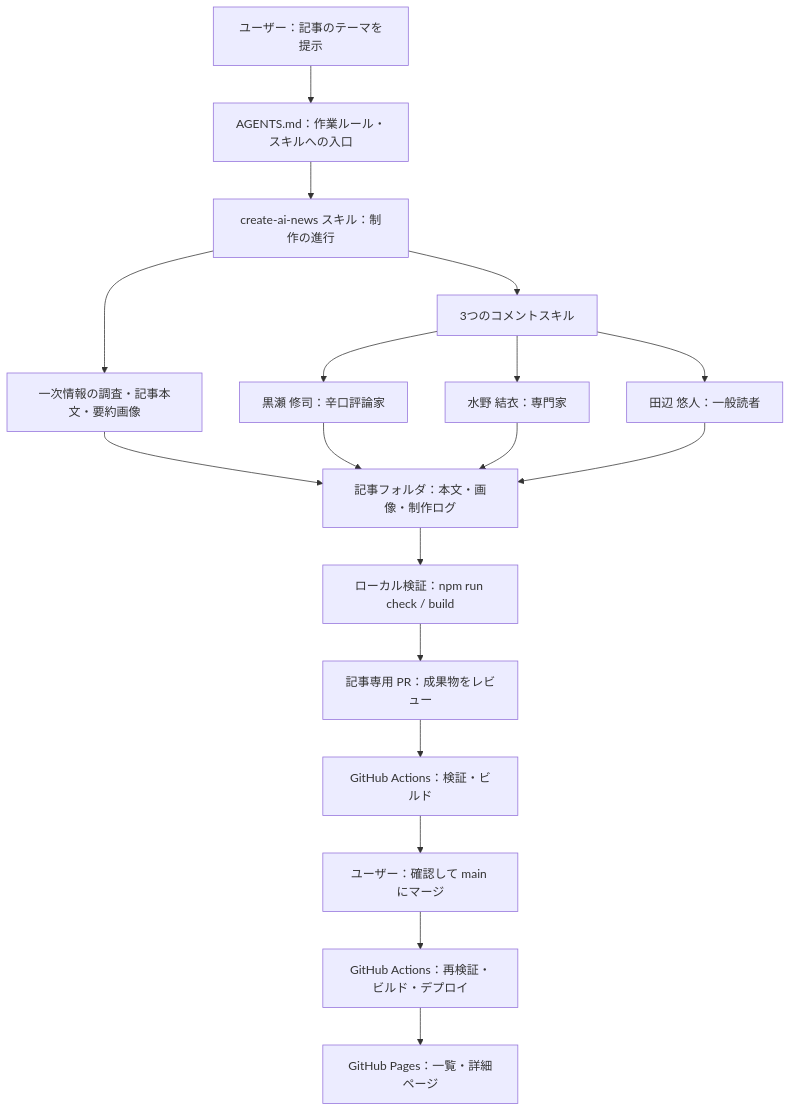
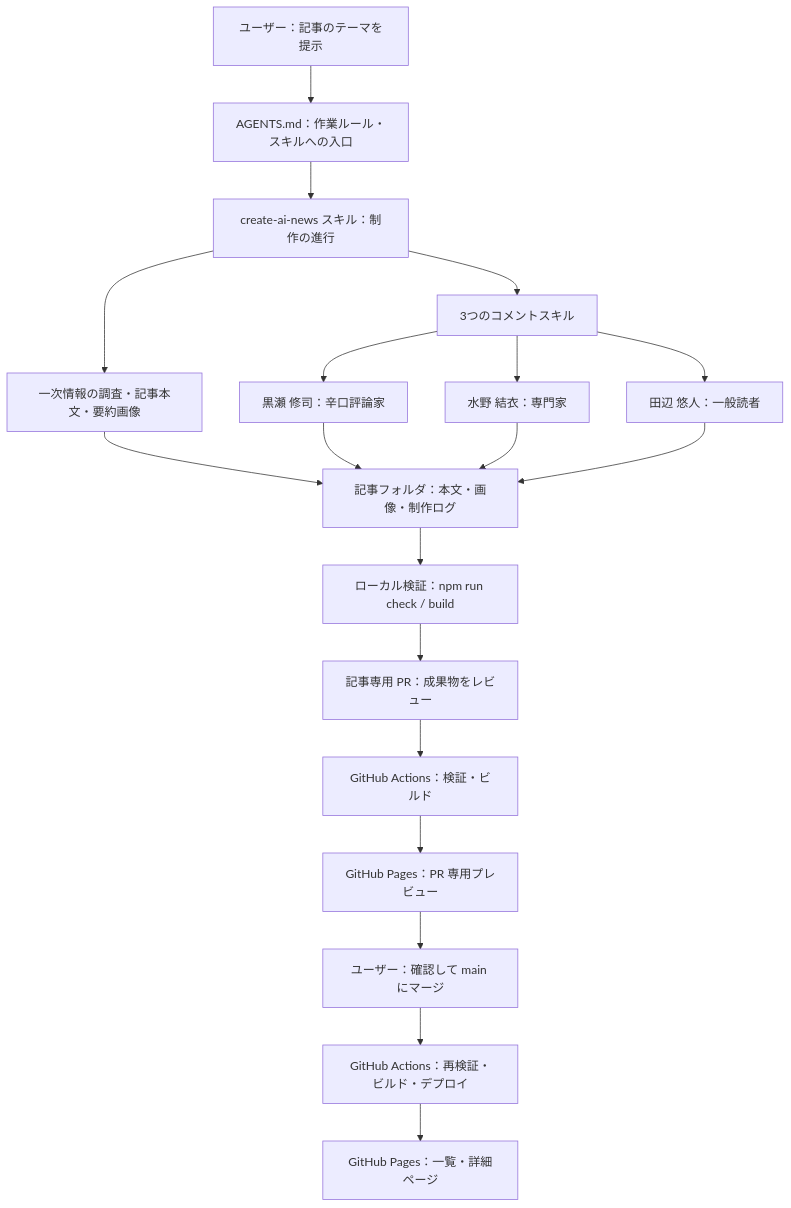
One commit to yamashita-shingo/ai-news changed the diagram in docs/harness-architecture.md. Above: the diagram before and after it, drawn with Mermaid. The commit also changed other lines of this file and 9 other files, not shown here.

````diff
--- a/docs/harness-architecture.md
+++ b/docs/harness-architecture.md
@@ -7,20 +7,21 @@
 ```mermaid
 flowchart TD
     U["ユーザー：記事のテーマを提示"] --> A["AGENTS.md：作業ルール・スキルへの入口"]
     A --> S["create-ai-news スキル：制作の進行"]
     S --> R["一次情報の調査・記事本文・要約画像"]
     S --> C["3つのコメントスキル"]
     C --> CA["黒瀬 修司：辛口評論家"]
     C --> CB["水野 結衣：専門家"]
     C --> CC["田辺 悠人：一般読者"]
     R --> F["記事フォルダ：本文・画像・制作ログ"]
     CA --> F
     CB --> F
     CC --> F
     F --> V["ローカル検証：npm run check / build"]
     V --> PR["記事専用 PR：成果物をレビュー"]
     PR --> CI["GitHub Actions：検証・ビルド"]
-    CI --> H["ユーザー：確認して main にマージ"]
+    CI --> PRE["GitHub Pages：PR 専用プレビュー"]
+    PRE --> H["ユーザー：確認して main にマージ"]
     H --> DEP["GitHub Actions：再検証・ビルド・デプロイ"]
     DEP --> P["GitHub Pages：一覧・詳細ページ"]
 ```
````
